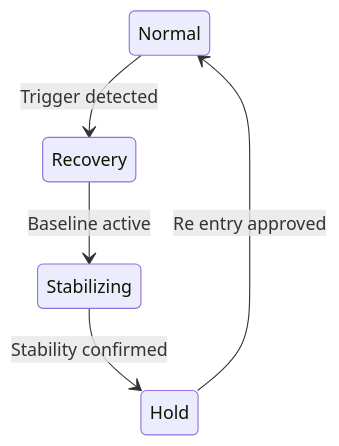
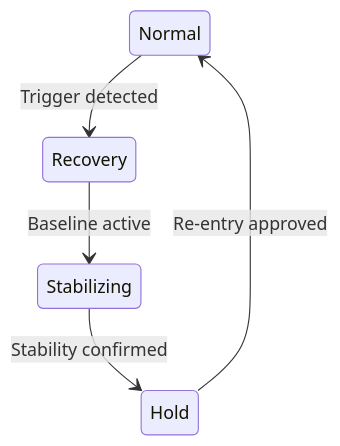
Before and after one commit to Samizo-AITL/ai-control-safety-package: the diagram in packages/recovery-control.md, drawn with Mermaid. The commit also changed other lines of this file, not shown here.

````diff
--- a/packages/recovery-control.md
+++ b/packages/recovery-control.md
@@ -42,7 +58,7 @@
 ```mermaid
 stateDiagram-v2
     Normal --> Recovery : Trigger detected
     Recovery --> Stabilizing : Baseline active
     Stabilizing --> Hold : Stability confirmed
-    Hold --> Normal : Re entry approved
+    Hold --> Normal : Re-entry approved
 ```
````
